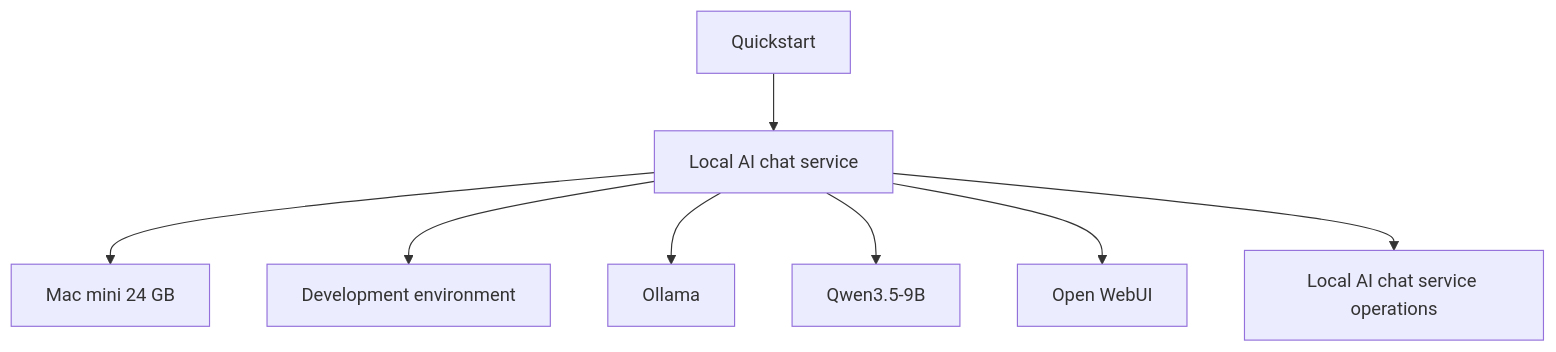
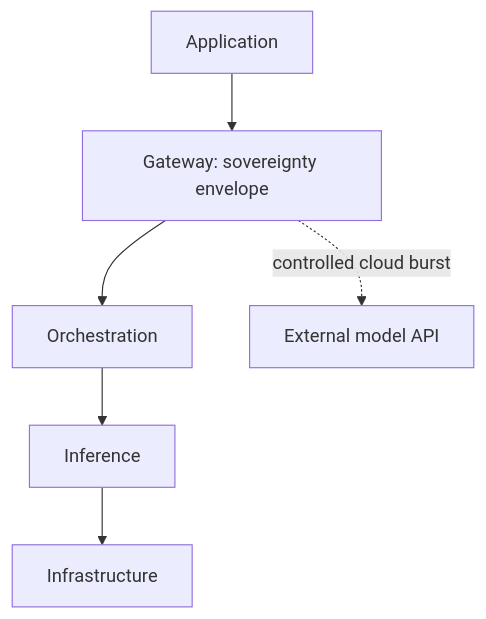
One commit to Commonwealth-of-Learning/Frugal-AI-KnowledgeBase changed the diagram in docs/concepts/how-the-stack-fits-together.md. Above: the diagram before and after it, drawn with Mermaid. The commit also changed other lines of this file and 9 other files, not shown here.

Commit message:
Refactor documentation to enhance clarity and consistency in architecture descriptions

````diff
--- a/docs/concepts/how-the-stack-fits-together.md
+++ b/docs/concepts/how-the-stack-fits-together.md
@@ -41,10 +28,8 @@
 ```mermaid
 flowchart TD
-  Q[Quickstart] --> G[Local AI chat service]
-  G --> H[Mac mini 24 GB]
-  G --> E[Development environment]
-  G --> O[Ollama]
-  G --> M[Qwen3.5-9B]
-  G --> W[Open WebUI]
-  G --> R[Local AI chat service operations]
+  A[Application] --> G[Gateway: sovereignty envelope]
+  G --> O[Orchestration]
+  O --> I[Inference]
+  I --> Inf[Infrastructure]
+  G -. controlled cloud burst .-> C[External model API]
 ```
````
